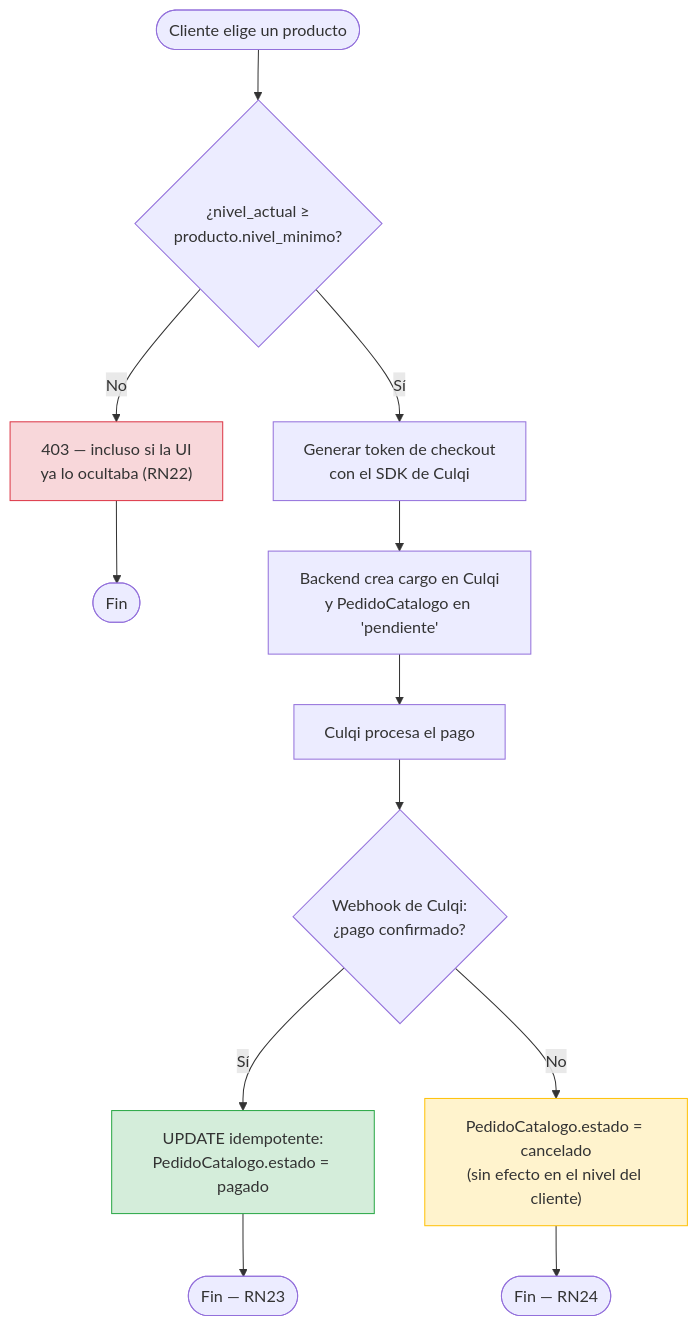
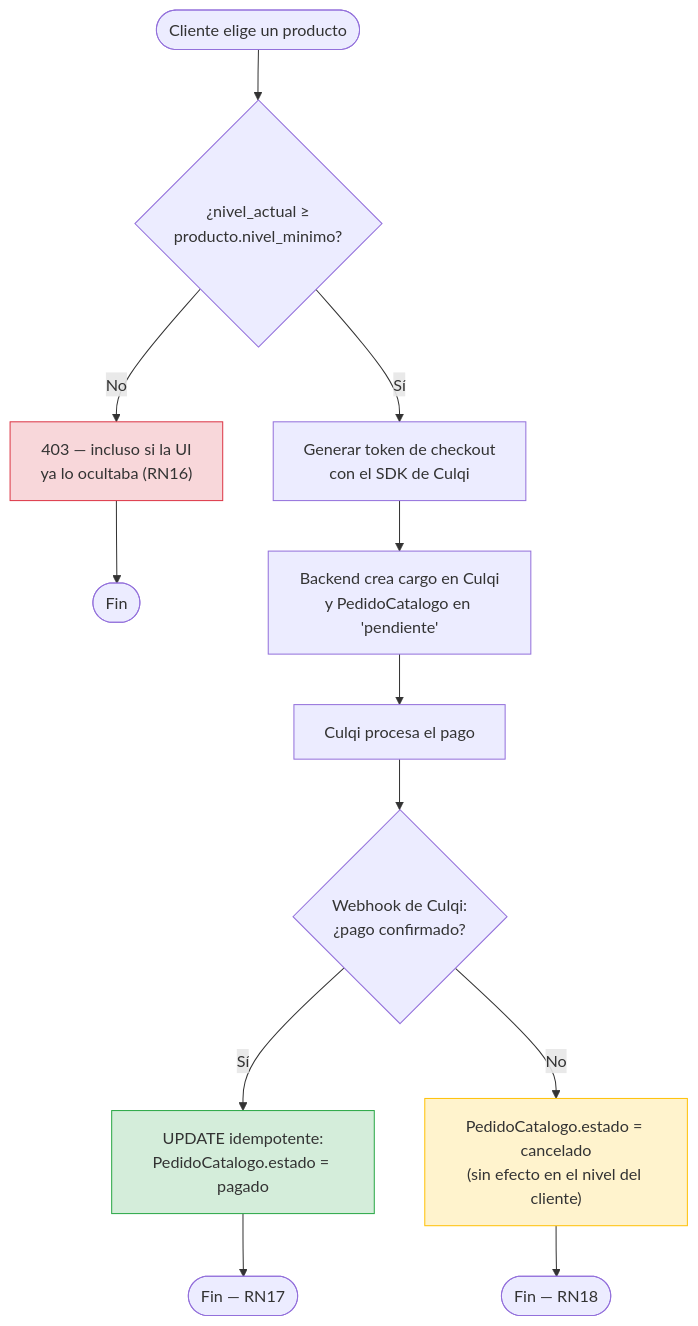
The sixth of 6 diagrams in docs/tesis/06_DIAGRAMAS_DE_ACTIVIDAD.md (Alezzandromv/welve), drawn with Mermaid before and after one commit. The commit also changed other lines of this file and 73 other files, not shown here.

````diff
--- a/docs/tesis/06_DIAGRAMAS_DE_ACTIVIDAD.md
+++ b/docs/tesis/06_DIAGRAMAS_DE_ACTIVIDAD.md
@@ -107,18 +107,18 @@
 ```mermaid
 flowchart TD
     Start([Cliente elige un producto]) --> A{"¿nivel_actual ≥<br/>producto.nivel_minimo?"}
-    A -->|No| Rej["403 — incluso si la UI<br/>ya lo ocultaba (RN22)"]:::reject
+    A -->|No| Rej["403 — incluso si la UI<br/>ya lo ocultaba (RN16)"]:::reject
     Rej --> End1([Fin])
     A -->|Sí| B["Generar token de checkout<br/>con el SDK de Culqi"]
     B --> C["Backend crea cargo en Culqi<br/>y PedidoCatalogo en 'pendiente'"]
     C --> D["Culqi procesa el pago"]
     D --> E{"Webhook de Culqi:<br/>¿pago confirmado?"}
     E -->|Sí| F["UPDATE idempotente:<br/>PedidoCatalogo.estado = pagado"]:::ok
-    F --> End2([Fin — RN23])
+    F --> End2([Fin — RN17])
     E -->|No| G["PedidoCatalogo.estado = cancelado<br/>(sin efecto en el nivel del cliente)"]:::warn
-    G --> End3([Fin — RN24])
+    G --> End3([Fin — RN18])
 
     classDef reject fill:#f8d7da,stroke:#dc3545
     classDef ok fill:#d4edda,stroke:#28a745
     classDef warn fill:#fff3cd,stroke:#ffc107
 ```
````
